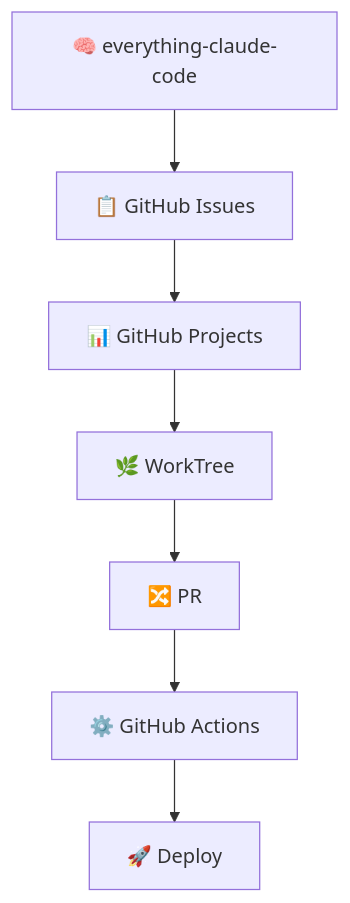
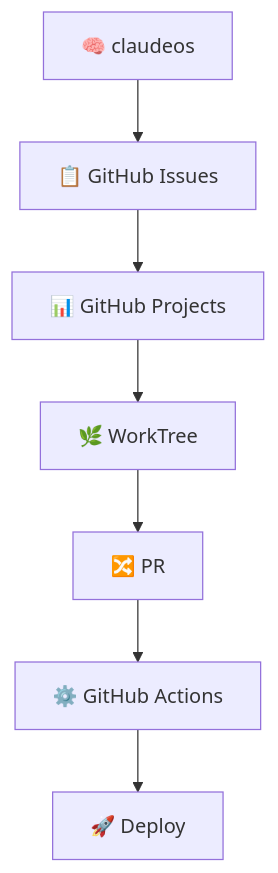
The first of 2 diagrams in Claude/claudeos/CLAUDE.md (Kensan196948G/ClaudeCLI-CodexCLI-CopilotCLI-StartUpTools-New), drawn with Mermaid before and after one commit. The commit also changed other lines of this file and 17 other files, not shown here.

````diff
--- a/Claude/claudeos/CLAUDE.md
+++ b/Claude/claudeos/CLAUDE.md
@@ -161,9 +161,9 @@
 ```mermaid
 graph TD
-    A[🧠 everything-claude-code] --> B[📋 GitHub Issues]
+    A[🧠 claudeos] --> B[📋 GitHub Issues]
     B --> C[📊 GitHub Projects]
     C --> D[🌿 WorkTree]
     D --> E[🔀 PR]
     E --> F[⚙️ GitHub Actions]
     F --> G[🚀 Deploy]
 ```
````
